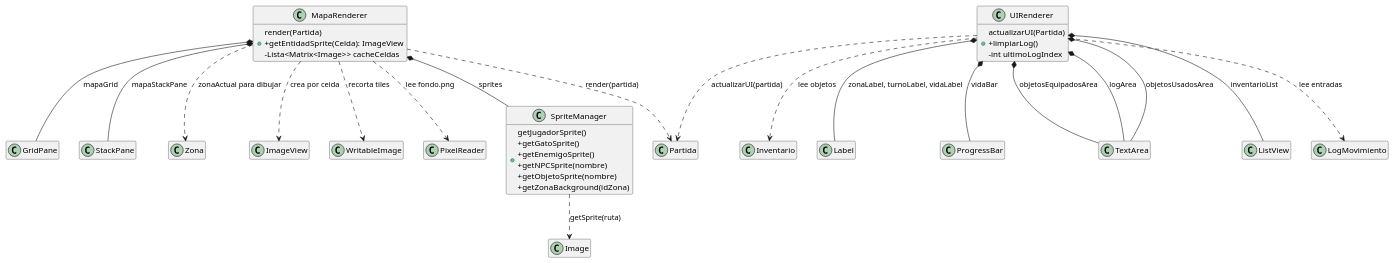
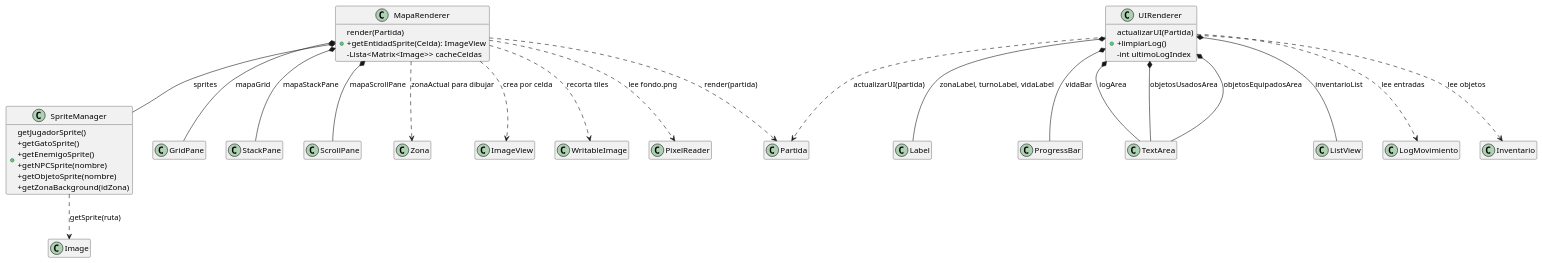
The diagram in UMLs/clases_vista.puml (isagonz3/JuegoPracticaFinal), drawn with PlantUML before and after one commit. The commit also changed 15 other files, not shown here.

```diff
--- a/UMLs/clases_vista.puml
+++ b/UMLs/clases_vista.puml
@@ -1,32 +1,33 @@
 @startuml
 'https://plantuml.com/class-diagram
 hide empty members
 
 class MapaRenderer
 class UIRenderer
 class SpriteManager
 
 MapaRenderer *-- GridPane : mapaGrid
 MapaRenderer *-- StackPane : mapaStackPane
+MapaRenderer *-- ScrollPane : mapaScrollPane
 MapaRenderer *-- SpriteManager : sprites
 MapaRenderer ..> Partida : render(partida)
 MapaRenderer ..> Zona : zonaActual para dibujar
 MapaRenderer ..> ImageView : crea por celda
 MapaRenderer ..> WritableImage : recorta tiles
 MapaRenderer ..> PixelReader : lee fondo.png
 MapaRenderer : +render(Partida)\n+getEntidadSprite(Celda): ImageView\n-Lista<Matrix<Image>> cacheCeldas
 
 UIRenderer *-- Label : zonaLabel, turnoLabel, vidaLabel
 UIRenderer *-- ProgressBar : vidaBar
 UIRenderer *-- TextArea : logArea
 UIRenderer *-- ListView : inventarioList
 UIRenderer *-- TextArea : objetosUsadosArea
 UIRenderer *-- TextArea : objetosEquipadosArea
 UIRenderer ..> Partida : actualizarUI(partida)
 UIRenderer ..> LogMovimiento : lee entradas
 UIRenderer ..> Inventario : lee objetos
 UIRenderer : +actualizarUI(Partida)\n+limpiarLog()\n-int ultimoLogIndex
 
 SpriteManager ..> Image : getSprite(ruta)
 SpriteManager : +getJugadorSprite()\n+getGatoSprite()\n+getEnemigoSprite()\n+getNPCSprite(nombre)\n+getObjetoSprite(nombre)\n+getZonaBackground(idZona)
 @enduml
```
